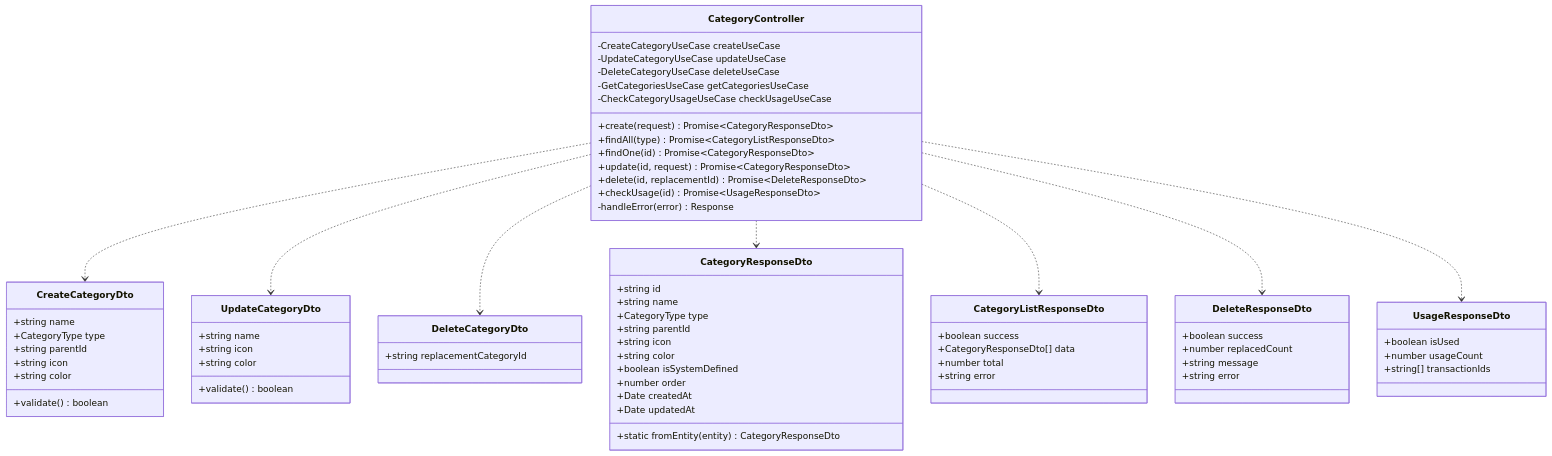
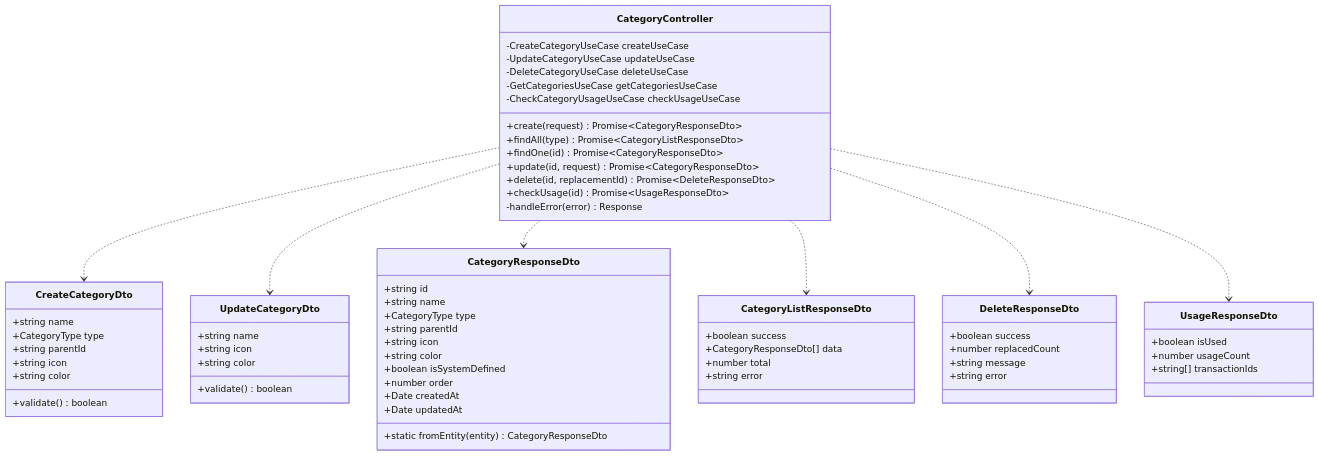
The seventh of 10 diagrams in docs/detailed-design/FR-011_category-crud/class-diagrams.md (kencom2400/account-book), drawn with Mermaid before and after one commit. The commit also changed other lines of this file, not shown here.

First line of the commit message:
docs: unify DeleteCategoryDto specification to use query parameter

````diff
--- a/docs/detailed-design/FR-011_category-crud/class-diagrams.md
+++ b/docs/detailed-design/FR-011_category-crud/class-diagrams.md
@@ -422,79 +422,74 @@
 ```mermaid
 classDiagram
     class CategoryController {
         -CreateCategoryUseCase createUseCase
         -UpdateCategoryUseCase updateUseCase
         -DeleteCategoryUseCase deleteUseCase
         -GetCategoriesUseCase getCategoriesUseCase
         -CheckCategoryUsageUseCase checkUsageUseCase
         +create(request) Promise~CategoryResponseDto~
         +findAll(type) Promise~CategoryListResponseDto~
         +findOne(id) Promise~CategoryResponseDto~
         +update(id, request) Promise~CategoryResponseDto~
         +delete(id, replacementId) Promise~DeleteResponseDto~
         +checkUsage(id) Promise~UsageResponseDto~
         -handleError(error) Response
     }
 
     class CreateCategoryDto {
         +string name
         +CategoryType type
         +string parentId
         +string icon
         +string color
         +validate() boolean
     }
 
     class UpdateCategoryDto {
         +string name
         +string icon
         +string color
         +validate() boolean
-    }
-
-    class DeleteCategoryDto {
-        +string replacementCategoryId
     }
 
     class CategoryResponseDto {
         +string id
         +string name
         +CategoryType type
         +string parentId
         +string icon
         +string color
         +boolean isSystemDefined
         +number order
         +Date createdAt
         +Date updatedAt
         +static fromEntity(entity) CategoryResponseDto
     }
 
     class CategoryListResponseDto {
         +boolean success
         +CategoryResponseDto[] data
         +number total
         +string error
     }
 
     class DeleteResponseDto {
         +boolean success
         +number replacedCount
         +string message
         +string error
     }
 
     class UsageResponseDto {
         +boolean isUsed
         +number usageCount
         +string[] transactionIds
     }
 
     CategoryController ..> CreateCategoryDto
     CategoryController ..> UpdateCategoryDto
-    CategoryController ..> DeleteCategoryDto
     CategoryController ..> CategoryResponseDto
     CategoryController ..> CategoryListResponseDto
     CategoryController ..> DeleteResponseDto
     CategoryController ..> UsageResponseDto
 ```
````
